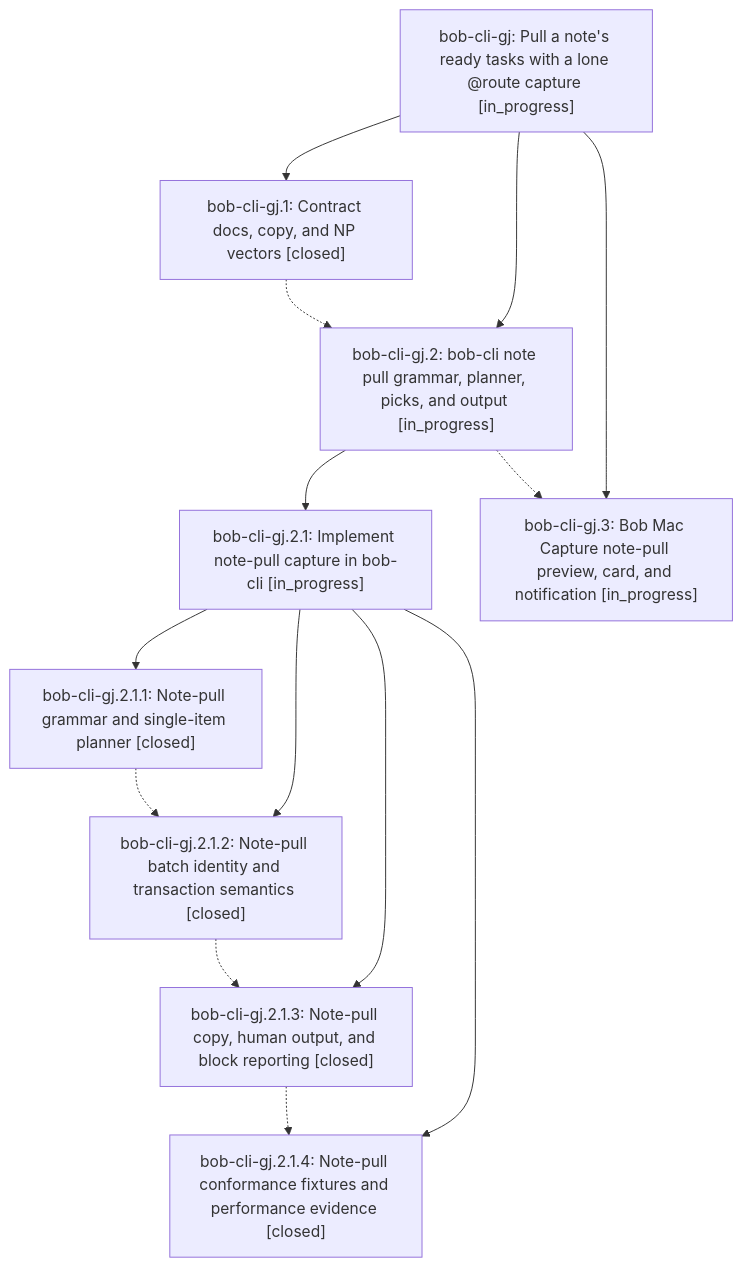
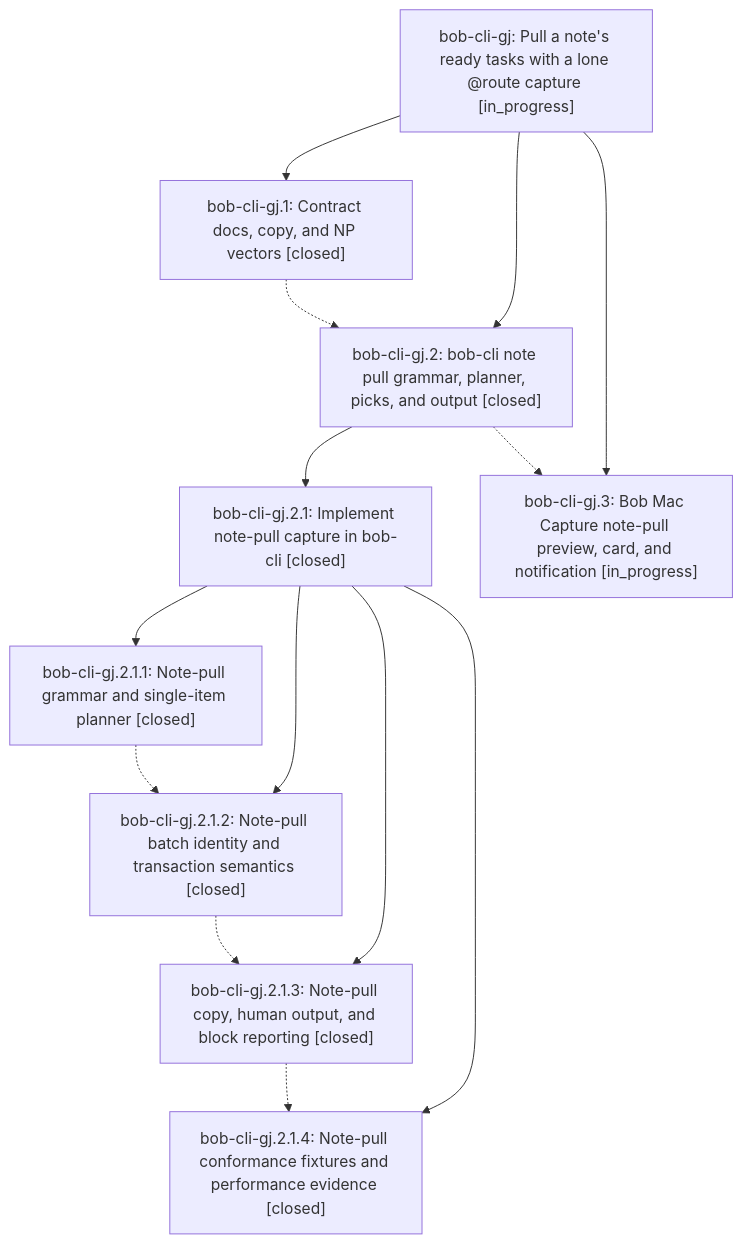
The diagram in pages/bob-cli-gj/README.md (bobs-org/bob-cli--beads), drawn with Mermaid before and after one commit. The commit also changed other lines of this file and 4 other files, not shown here.

First line of the commit message:
chore(beads): sync bead state and pages for bob-cli-gj

````diff
--- a/pages/bob-cli-gj/README.md
+++ b/pages/bob-cli-gj/README.md
@@ -40,25 +44,25 @@
 ```mermaid
 flowchart TD
     n0["bob-cli-gj: Pull a note's ready tasks with a lone @route capture [in_progress]"]
     n1["bob-cli-gj.1: Contract docs, copy, and NP vectors [closed]"]
-    n2["bob-cli-gj.2: bob-cli note pull grammar, planner, picks, and output [in_progress]"]
-    n3["bob-cli-gj.2.1: Implement note-pull capture in bob-cli [in_progress]"]
+    n2["bob-cli-gj.2: bob-cli note pull grammar, planner, picks, and output [closed]"]
+    n3["bob-cli-gj.2.1: Implement note-pull capture in bob-cli [closed]"]
     n4["bob-cli-gj.2.1.1: Note-pull grammar and single-item planner [closed]"]
     n5["bob-cli-gj.2.1.2: Note-pull batch identity and transaction semantics [closed]"]
     n6["bob-cli-gj.2.1.3: Note-pull copy, human output, and block reporting [closed]"]
     n7["bob-cli-gj.2.1.4: Note-pull conformance fixtures and performance evidence [closed]"]
     n8["bob-cli-gj.3: Bob Mac Capture note-pull preview, card, and notification [in_progress]"]
     n0 --> n1
     n0 --> n2
     n2 --> n3
     n3 --> n4
     n3 --> n5
     n3 --> n6
     n3 --> n7
     n0 --> n8
     n1 -.-> n2
     n2 -.-> n8
     n4 -.-> n5
     n5 -.-> n6
     n6 -.-> n7
 ```
````
